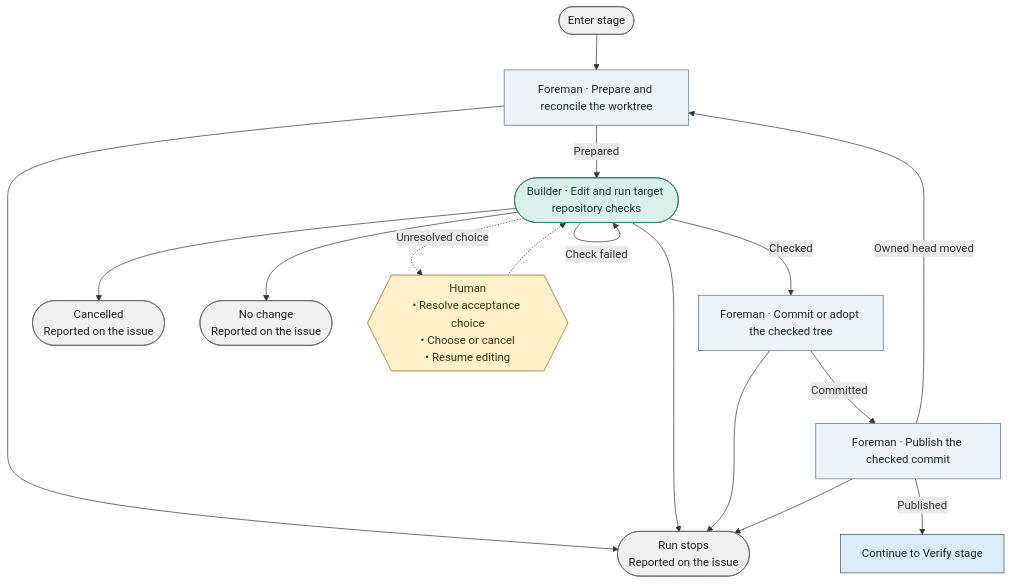
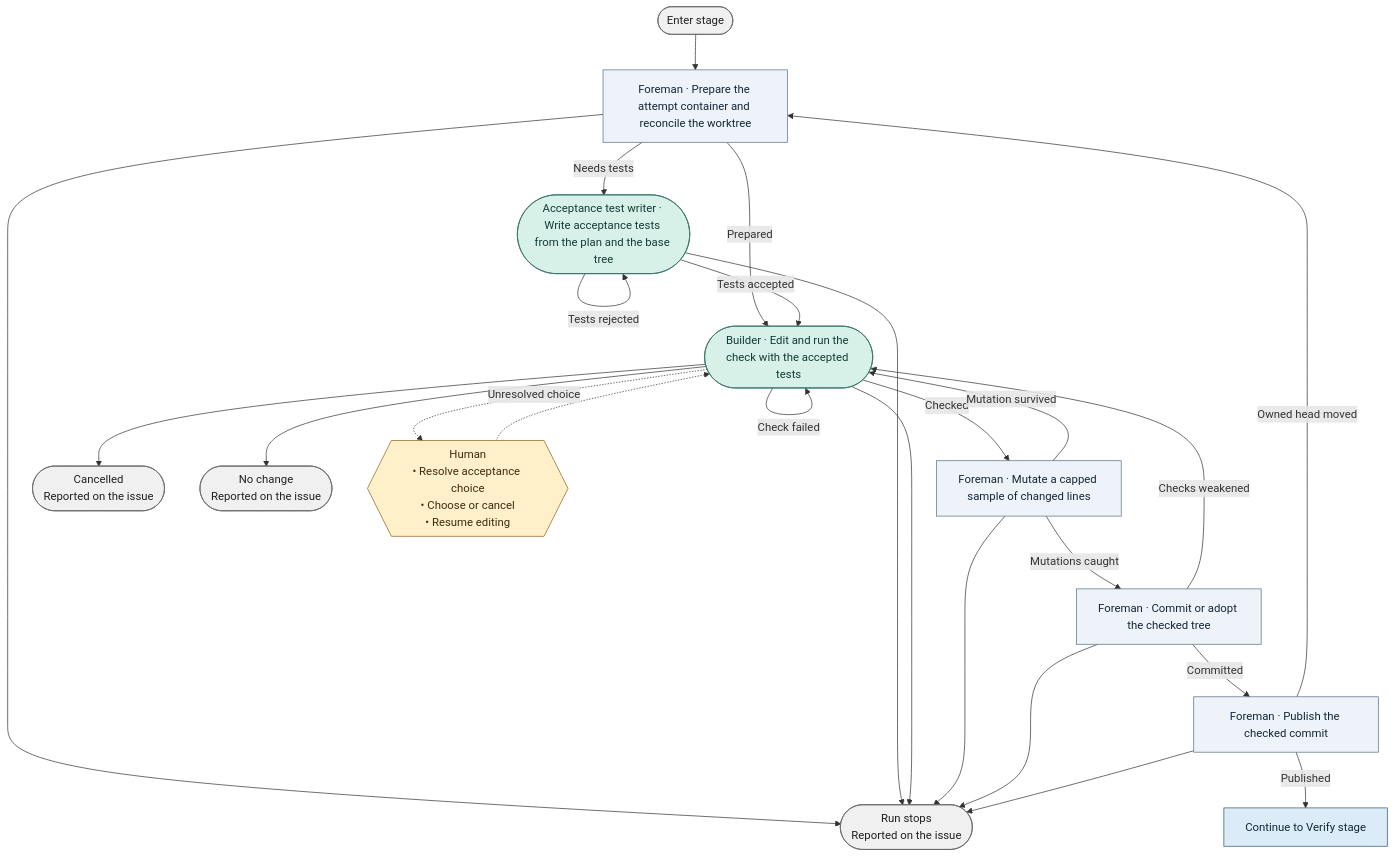
Before and after one commit to bookout-labs/tools: the diagram in docs/graph/blueprint/views/stages/implement.mmd, drawn with Mermaid. The commit also changed 40 other files, not shown here.

```diff
--- a/docs/graph/blueprint/views/stages/implement.mmd
+++ b/docs/graph/blueprint/views/stages/implement.mmd
@@ -1,31 +1,41 @@
 flowchart TD
     n0(["Enter stage"]):::terminal
-    n1["Foreman · Prepare and reconcile the worktree"]:::step
-    n2(["Builder · Edit and run target repository checks"]):::worker
-    n3["Foreman · Commit or adopt the checked tree"]:::step
-    n4["Foreman · Publish the checked commit"]:::step
-    n5(["Run stops<br/>Reported on the issue"]):::terminal
-    n6(["Cancelled<br/>Reported on the issue"]):::terminal
-    n7(["No change<br/>Reported on the issue"]):::terminal
-    n8["Continue to Verify stage"]:::stage
-    n9{{"Human<br/>• Resolve acceptance choice<br/>• Choose or cancel<br/>• Resume editing"}}:::gate
+    n1["Foreman · Prepare the attempt container and reconcile the worktree"]:::step
+    n2(["Acceptance test writer · Write acceptance tests from the plan and the base tree"]):::worker
+    n3(["Builder · Edit and run the check with the accepted tests"]):::worker
+    n4["Foreman · Mutate a capped sample of changed lines"]:::step
+    n5["Foreman · Commit or adopt the checked tree"]:::step
+    n6["Foreman · Publish the checked commit"]:::step
+    n7(["Run stops<br/>Reported on the issue"]):::terminal
+    n8(["Cancelled<br/>Reported on the issue"]):::terminal
+    n9(["No change<br/>Reported on the issue"]):::terminal
+    n10["Continue to Verify stage"]:::stage
+    n11{{"Human<br/>• Resolve acceptance choice<br/>• Choose or cancel<br/>• Resume editing"}}:::gate
     n0 --> n1
-    n1 --> n5
-    n1 -->|"Prepared"| n2
-    n2 --> n6
+    n1 --> n7
+    n1 -->|"Needs tests"| n2
+    n1 -->|"Prepared"| n3
     n2 --> n7
-    n2 --> n5
-    n2 -->|"Check failed"| n2
-    n2 -->|"Checked"| n3
-    n3 --> n5
-    n3 -->|"Committed"| n4
-    n4 --> n5
-    n4 -->|"Owned head moved"| n1
-    n4 -->|"Published"| n8
-    n2 -.->|"Unresolved choice"| n9
-    n9 -.-> n2
+    n2 -->|"Tests rejected"| n2
+    n2 -->|"Tests accepted"| n3
+    n3 --> n8
+    n3 --> n9
+    n3 --> n7
+    n3 -->|"Check failed"| n3
+    n3 -->|"Checked"| n4
+    n4 --> n7
+    n4 -->|"Mutation survived"| n3
+    n4 -->|"Mutations caught"| n5
+    n5 --> n7
+    n5 -->|"Checks weakened"| n3
+    n5 -->|"Committed"| n6
+    n6 --> n7
+    n6 -->|"Owned head moved"| n1
+    n6 -->|"Published"| n10
+    n3 -.->|"Unresolved choice"| n11
+    n11 -.-> n3
     classDef stage fill:#dcebf8,stroke:#315675,color:#10283b
     classDef step fill:#edf3f8,stroke:#597187,color:#132638
     classDef worker fill:#d7f0e8,stroke:#357369,color:#133c36
     classDef gate fill:#fff0c9,stroke:#89641f,color:#3f2b0b
     classDef terminal fill:#f0f0f0,stroke:#666666,color:#202020
```
